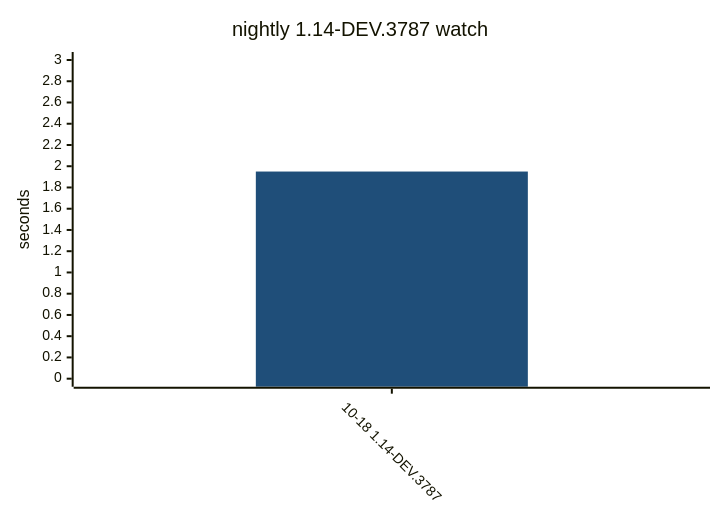
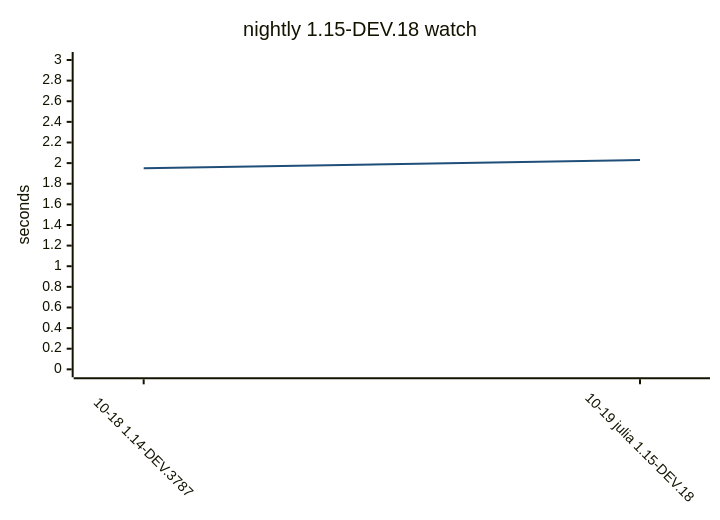
One commit to yamanori99/DistSSHQueue.jl changed diagram 14 of 15 in README.md. Above: the diagram before and after it, drawn with Mermaid. The commit also changed other lines of this file and 1 other file, not shown here.

Commit message:
Record compile bench for nightly.

````diff
--- a/README.md
+++ b/README.md
@@ -478,17 +482,17 @@
 ```mermaid
 ---
 config:
   theme: base
   themeVariables:
     xyChart:
       plotColorPalette: "#1f4e79"
   xyChart:
     xAxis:
       labelRotation: 45
 ---
 xychart-beta
-    title "nightly 1.14-DEV.3787 watch"
-    x-axis ["10-18 1.14-DEV.3787"]
+    title "nightly 1.15-DEV.18 watch"
+    x-axis ["10-18 1.14-DEV.3787", "10-19 julia 1.15-DEV.18"]
     y-axis "seconds" 0 --> 3
-    bar [1.95]
+    line [1.95, 2.03]
 ```
````
